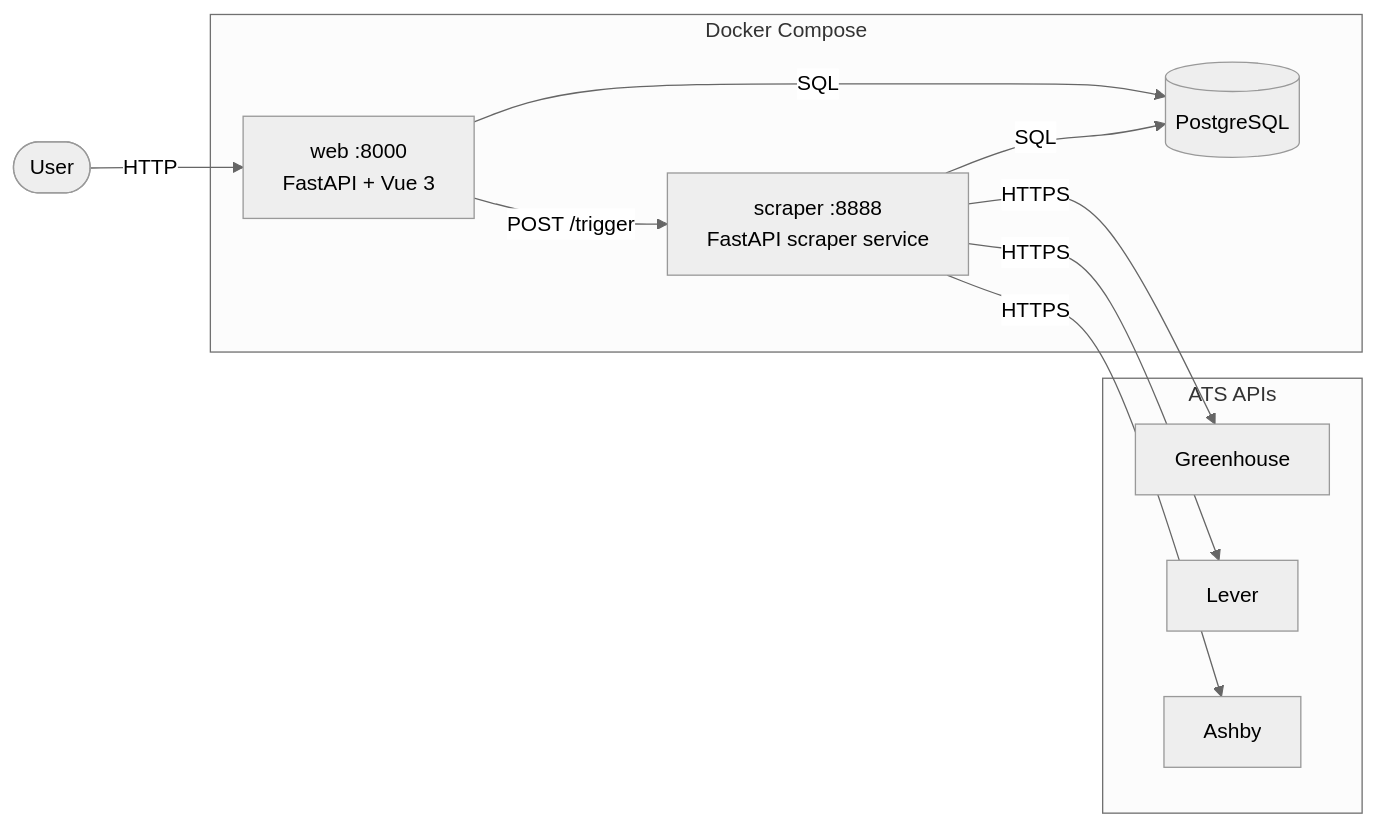
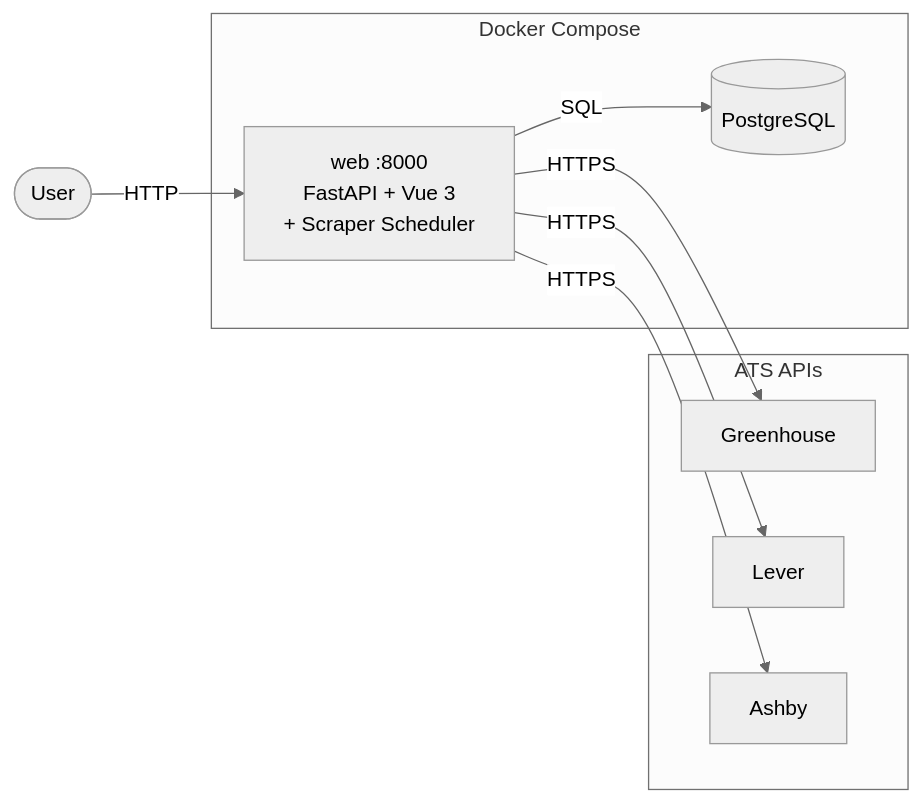
One commit to pww217/hirewire changed the first of 2 diagrams in docs/README.md. Above: the diagram before and after it, drawn with Mermaid (neutral theme). The commit also changed other lines of this file and 36 other files, not shown here.

````diff
--- a/docs/README.md
+++ b/docs/README.md
@@ -28,22 +26,19 @@
 ```mermaid
 flowchart LR
     subgraph docker [Docker Compose]
-        web["web :8000\nFastAPI + Vue 3"]
-        scraper["scraper :8888\nFastAPI scraper service"]
+        web["web :8000\nFastAPI + Vue 3\n+ Scraper Scheduler"]
         db[(PostgreSQL)]
     end
 
     subgraph ats [ATS APIs]
         greenhouse[Greenhouse]
         lever[Lever]
         ashby[Ashby]
     end
 
     user([User]) -->|HTTP| web
-    web -->|POST /trigger| scraper
     web -->|SQL| db
-    scraper -->|SQL| db
-    scraper -->|HTTPS| greenhouse
-    scraper -->|HTTPS| lever
-    scraper -->|HTTPS| ashby
+    web -->|HTTPS| greenhouse
+    web -->|HTTPS| lever
+    web -->|HTTPS| ashby
 ```
````
